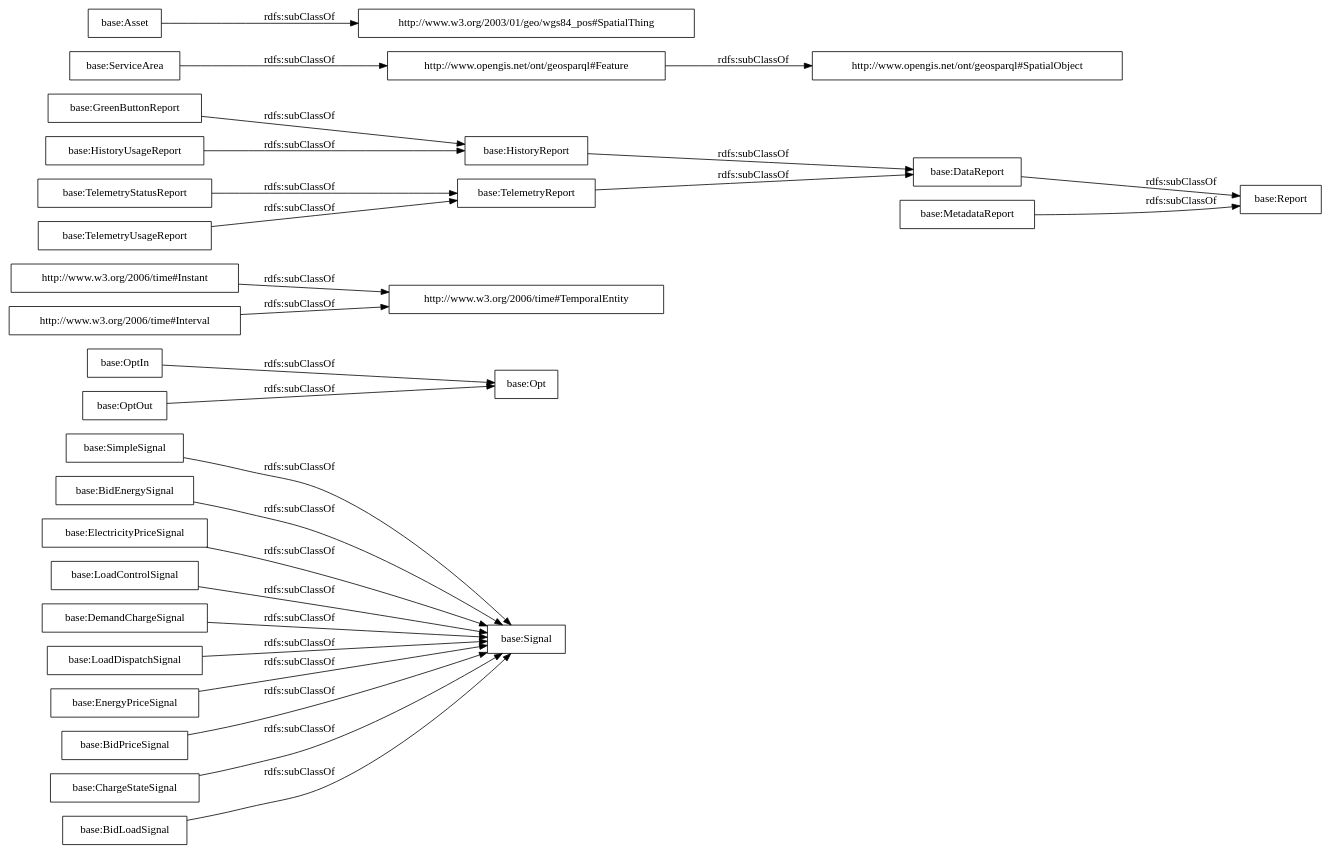
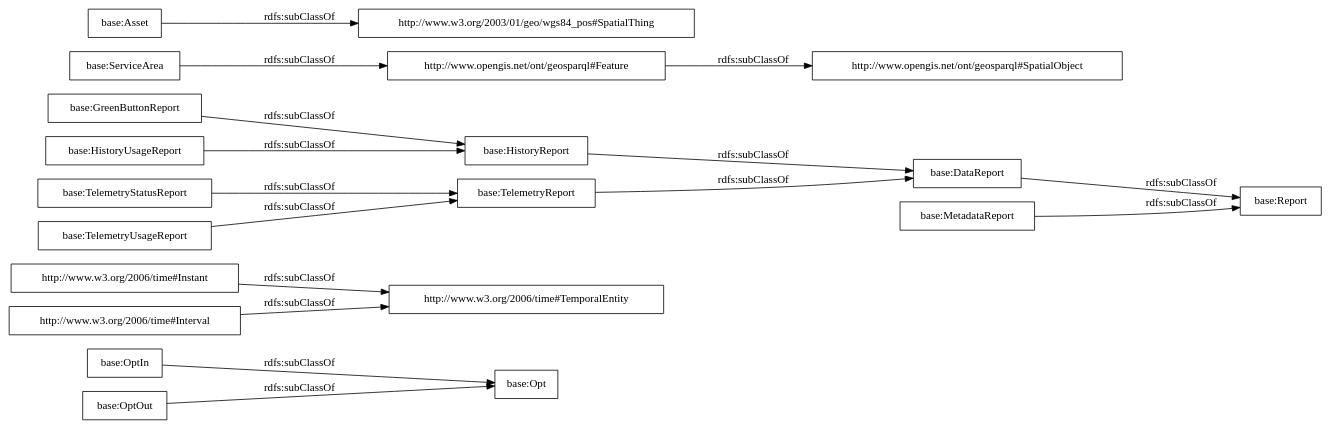
Before and after one commit to albaizq/OpenADRontology: the diagram in OnToology/ontology/openADRontology.owl/diagrams/ar2dtool-taxonomy/openADRontology.owl.png.dot, drawn with Graphviz. The commit also changed 12 other files, not shown here.

```diff
--- a/OnToology/ontology/openADRontology.owl/diagrams/ar2dtool-taxonomy/openADRontology.owl.png.dot
+++ b/OnToology/ontology/openADRontology.owl/diagrams/ar2dtool-taxonomy/openADRontology.owl.png.dot
@@ -1,31 +1,21 @@
 digraph ar2dtool_diagram { 
 rankdir=LR;
 size="1000"
-node [shape = rectangle, color="black"]; "base:SimpleSignal" "base:Signal" "base:Opt" "http://www.w3.org/2006/time#Instant" "base:GreenButtonReport" "base:DataReport" "base:TelemetryUsageReport" "base:BidEnergySignal" "base:ElectricityPriceSignal" "base:LoadControlSignal" "base:ServiceArea" "base:HistoryReport" "base:DemandChargeSignal" "base:OptIn" "base:LoadDispatchSignal" "base:OptOut" "base:EnergyPriceSignal" "base:TelemetryStatusReport" "base:BidPriceSignal" "http://www.w3.org/2003/01/geo/wgs84_pos#SpatialThing" "base:Asset" "http://www.opengis.net/ont/geosparql#SpatialObject" "http://www.w3.org/2006/time#Interval" "base:ChargeStateSignal" "http://www.w3.org/2006/time#TemporalEntity" "base:TelemetryReport" "base:BidLoadSignal" "http://www.opengis.net/ont/geosparql#Feature" "base:MetadataReport" "base:HistoryUsageReport" "base:Report" ; /*classes style*/
+node [shape = rectangle, color="black"]; "base:Opt" "http://www.w3.org/2006/time#Instant" "base:GreenButtonReport" "base:DataReport" "base:TelemetryUsageReport" "base:ServiceArea" "base:HistoryReport" "base:OptIn" "base:OptOut" "base:TelemetryStatusReport" "http://www.w3.org/2003/01/geo/wgs84_pos#SpatialThing" "base:Asset" "http://www.opengis.net/ont/geosparql#SpatialObject" "http://www.w3.org/2006/time#Interval" "http://www.w3.org/2006/time#TemporalEntity" "base:TelemetryReport" "http://www.opengis.net/ont/geosparql#Feature" "base:MetadataReport" "base:HistoryUsageReport" "base:Report" ; /*classes style*/
 	"base:Asset" -> "http://www.w3.org/2003/01/geo/wgs84_pos#SpatialThing" [ label = "rdfs:subClassOf" ];
 	"base:DataReport" -> "base:Report" [ label = "rdfs:subClassOf" ];
-	"base:EnergyPriceSignal" -> "base:Signal" [ label = "rdfs:subClassOf" ];
 	"base:TelemetryUsageReport" -> "base:TelemetryReport" [ label = "rdfs:subClassOf" ];
-	"base:SimpleSignal" -> "base:Signal" [ label = "rdfs:subClassOf" ];
-	"base:ChargeStateSignal" -> "base:Signal" [ label = "rdfs:subClassOf" ];
 	"base:HistoryReport" -> "base:DataReport" [ label = "rdfs:subClassOf" ];
 	"http://www.w3.org/2006/time#Interval" -> "http://www.w3.org/2006/time#TemporalEntity" [ label = "rdfs:subClassOf" ];
 	"base:GreenButtonReport" -> "base:HistoryReport" [ label = "rdfs:subClassOf" ];
-	"base:BidLoadSignal" -> "base:Signal" [ label = "rdfs:subClassOf" ];
 	"base:ServiceArea" -> "http://www.opengis.net/ont/geosparql#Feature" [ label = "rdfs:subClassOf" ];
 	"http://www.opengis.net/ont/geosparql#Feature" -> "http://www.opengis.net/ont/geosparql#SpatialObject" [ label = "rdfs:subClassOf" ];
-	"base:LoadControlSignal" -> "base:Signal" [ label = "rdfs:subClassOf" ];
 	"base:OptOut" -> "base:Opt" [ label = "rdfs:subClassOf" ];
-	"base:BidEnergySignal" -> "base:Signal" [ label = "rdfs:subClassOf" ];
-	"base:BidPriceSignal" -> "base:Signal" [ label = "rdfs:subClassOf" ];
-	"base:ElectricityPriceSignal" -> "base:Signal" [ label = "rdfs:subClassOf" ];
 	"base:OptIn" -> "base:Opt" [ label = "rdfs:subClassOf" ];
 	"base:MetadataReport" -> "base:Report" [ label = "rdfs:subClassOf" ];
 	"http://www.w3.org/2006/time#Instant" -> "http://www.w3.org/2006/time#TemporalEntity" [ label = "rdfs:subClassOf" ];
 	"base:TelemetryReport" -> "base:DataReport" [ label = "rdfs:subClassOf" ];
-	"base:LoadDispatchSignal" -> "base:Signal" [ label = "rdfs:subClassOf" ];
 	"base:TelemetryStatusReport" -> "base:TelemetryReport" [ label = "rdfs:subClassOf" ];
 	"base:HistoryUsageReport" -> "base:HistoryReport" [ label = "rdfs:subClassOf" ];
-	"base:DemandChargeSignal" -> "base:Signal" [ label = "rdfs:subClassOf" ];
 
 }
```
